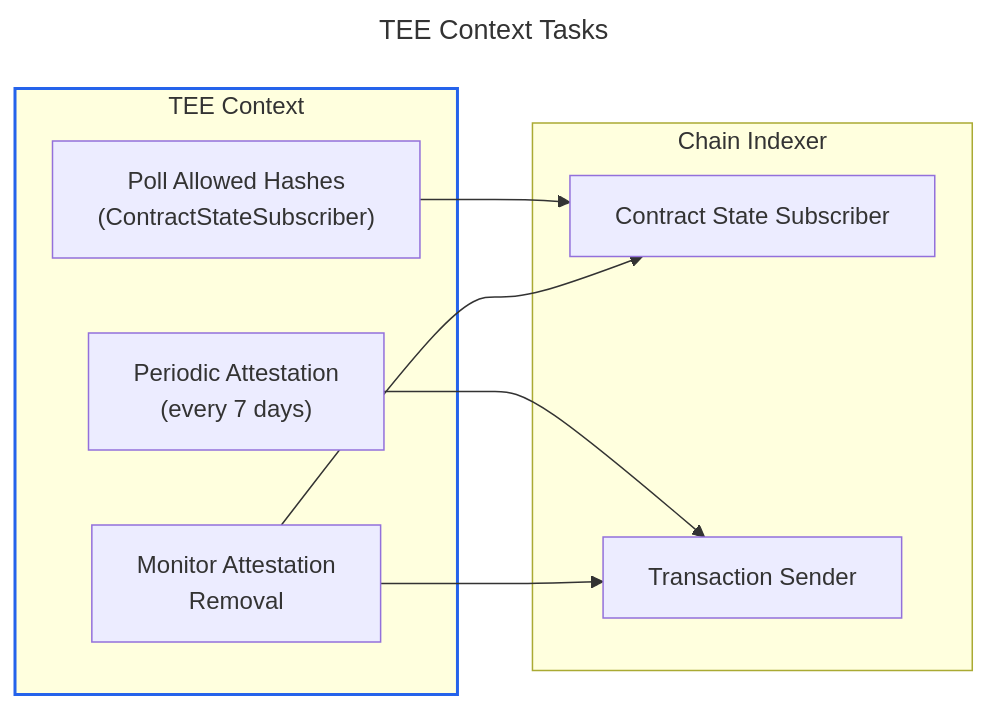
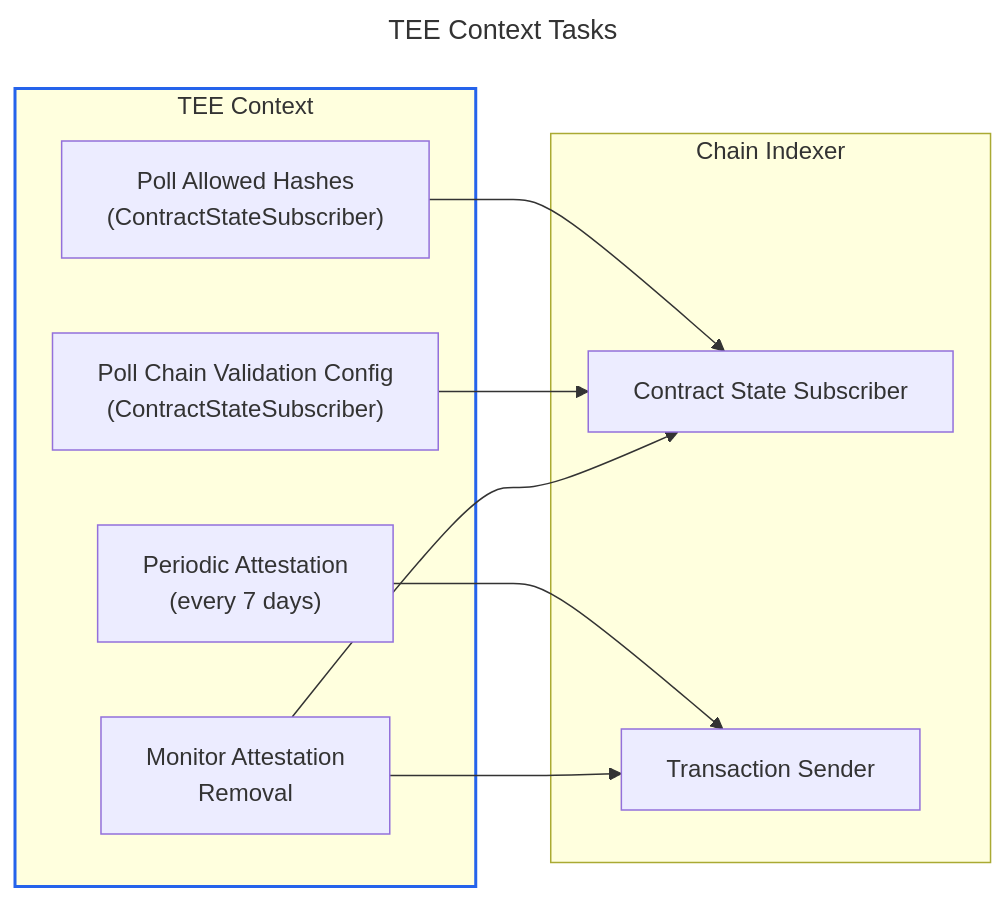
The third of 4 diagrams in docs/hot-tee-signing-design.md (near/mpc), drawn with Mermaid before and after one commit. The commit also changed other lines of this file, not shown here.

First line of the commit message:
docs: add on-chain cross-chain RPC governance to Archive Signer design

````diff
--- a/docs/hot-tee-signing-design.md
+++ b/docs/hot-tee-signing-design.md
@@ -243,25 +243,27 @@
 ```mermaid
 ---
 title: TEE Context Tasks
 ---
 flowchart LR
 
 subgraph TEE_CTX["TEE Context"]
     POLL_HASHES["Poll Allowed Hashes<br/>(ContractStateSubscriber)"]
+    POLL_CHAIN_CFG["Poll Chain Validation Config<br/>(ContractStateSubscriber)"]
     ATTEST["Periodic Attestation<br/>(every 7 days)"]
     MONITOR["Monitor Attestation<br/>Removal"]
 end
 
 subgraph CHAIN["Chain Indexer"]
     CSUB["Contract State Subscriber"]
     TSEND["Transaction Sender"]
 end
 
 POLL_HASHES --> CSUB
+POLL_CHAIN_CFG --> CSUB
 ATTEST --> TSEND
 MONITOR --> CSUB
 MONITOR --> TSEND
 
 classDef ctx stroke:#2563eb,stroke-width:2px;
 class TEE_CTX ctx;
 ```
````
